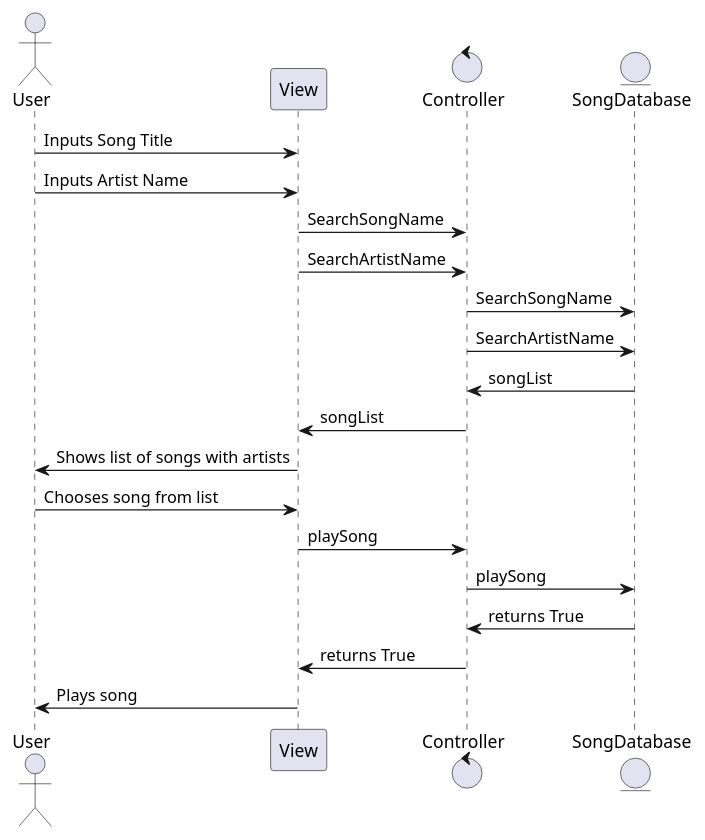
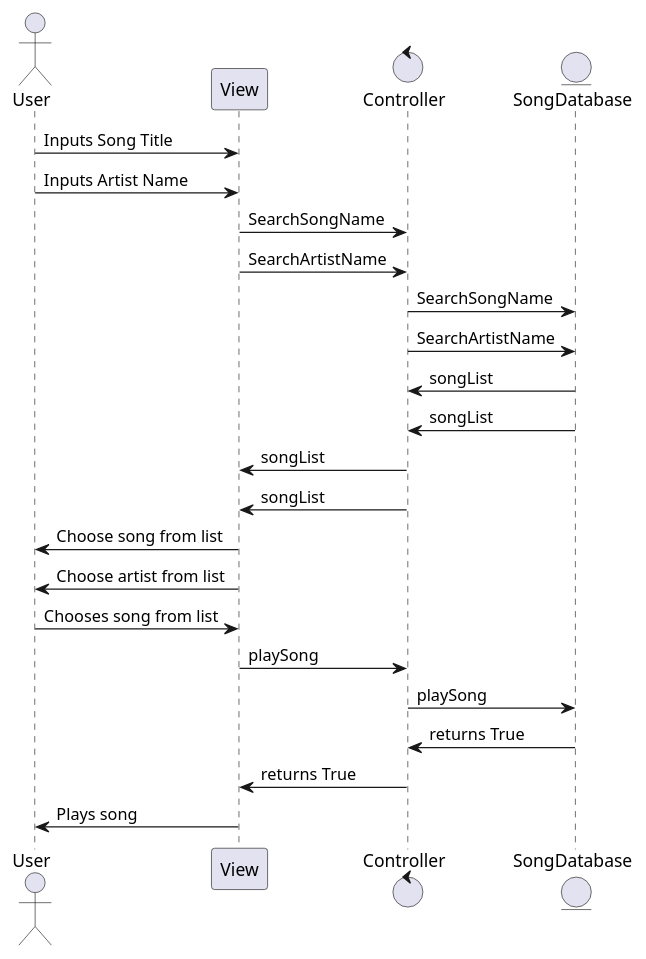
Before and after one commit to SamS317/VassarSpotify: the second of 3 diagrams in intellij/doc/design.md, drawn with PlantUML. The commit also changed other lines of this file, not shown here.

````diff
--- a/intellij/doc/design.md
+++ b/intellij/doc/design.md
@@ -53,28 +49,28 @@
-```plantuml
 @startuml
-'''Play a song 
-
+'''Play a song
 actor User
 participant View
 control Controller
 entity SongDatabase
 
 
 User -> View: Inputs Song Title
 User -> View: Inputs Artist Name
-View -> Controller: SearchSongName 
+View -> Controller: SearchSongName
 View -> Controller: SearchArtistName
 Controller -> SongDatabase: SearchSongName
 Controller -> SongDatabase: SearchArtistName
 SongDatabase -> Controller: songList
+SongDatabase -> Controller: songList
 Controller -> View: songList
-View -> User: Shows list of songs with artists
+Controller -> View: songList
+View -> User: Choose song from list
+View -> User: Choose artist from list
 User -> View: Chooses song from list
 View -> Controller: playSong
 Controller -> SongDatabase: playSong
 SongDatabase -> Controller: returns True
 Controller -> View: returns True
 View -> User: Plays song
 
 @enduml
-```
````
